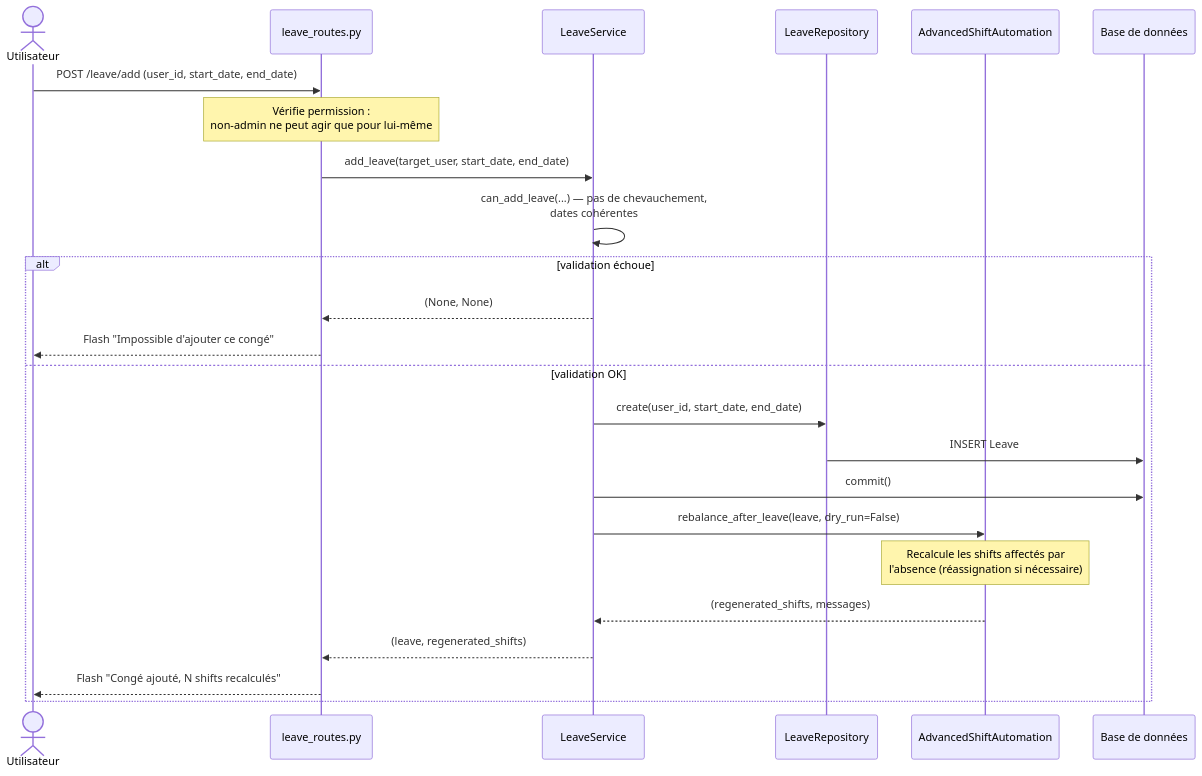
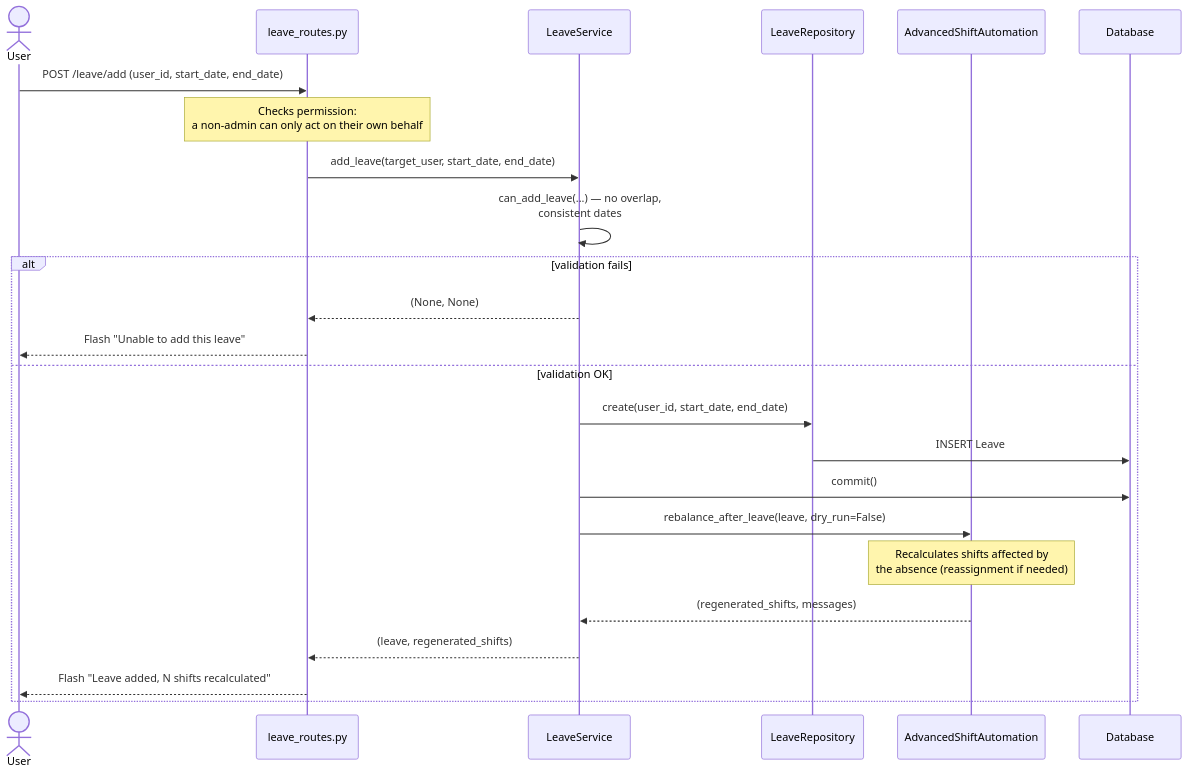
Before and after one commit to FoxOps/kairos: the third of 5 diagrams in Docs/architecture/SEQUENCE_DIAGRAMS.md, drawn with Mermaid. The commit also changed other lines of this file and 3 other files, not shown here.

Commit message:
docs(i18n): translate Docs/architecture/ and Docs/api/API.md to English

````diff
--- a/Docs/architecture/SEQUENCE_DIAGRAMS.md
+++ b/Docs/architecture/SEQUENCE_DIAGRAMS.md
@@ -69,27 +69,27 @@
 ```mermaid
 sequenceDiagram
-    actor U as Utilisateur
+    actor U as User
     participant R as leave_routes.py
     participant LS as LeaveService
     participant LR as LeaveRepository
     participant ASA as AdvancedShiftAutomation
-    participant DB as Base de données
+    participant DB as Database
 
     U->>R: POST /leave/add (user_id, start_date, end_date)
-    Note over R: Vérifie permission :<br/>non-admin ne peut agir que pour lui-même
+    Note over R: Checks permission:<br/>a non-admin can only act on their own behalf
     R->>LS: add_leave(target_user, start_date, end_date)
-    LS->>LS: can_add_leave(...) — pas de chevauchement,<br/>dates cohérentes
-    alt validation échoue
+    LS->>LS: can_add_leave(...) — no overlap,<br/>consistent dates
+    alt validation fails
         LS-->>R: (None, None)
-        R-->>U: Flash "Impossible d'ajouter ce congé"
+        R-->>U: Flash "Unable to add this leave"
     else validation OK
         LS->>LR: create(user_id, start_date, end_date)
         LR->>DB: INSERT Leave
         LS->>DB: commit()
         LS->>ASA: rebalance_after_leave(leave, dry_run=False)
-        Note over ASA: Recalcule les shifts affectés par<br/>l'absence (réassignation si nécessaire)
+        Note over ASA: Recalculates shifts affected by<br/>the absence (reassignment if needed)
         ASA-->>LS: (regenerated_shifts, messages)
         LS-->>R: (leave, regenerated_shifts)
-        R-->>U: Flash "Congé ajouté, N shifts recalculés"
+        R-->>U: Flash "Leave added, N shifts recalculated"
     end
 ```
````
